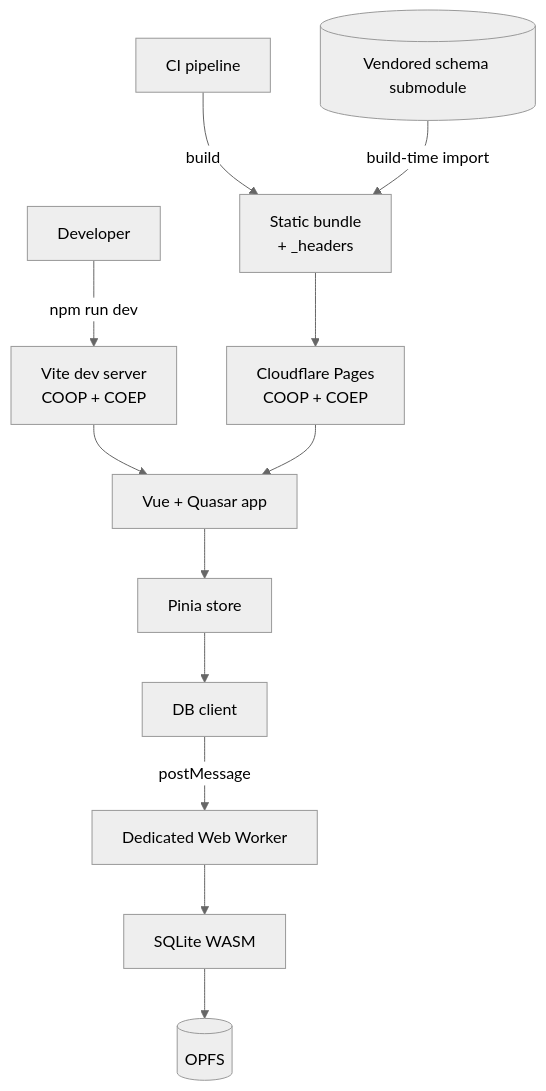
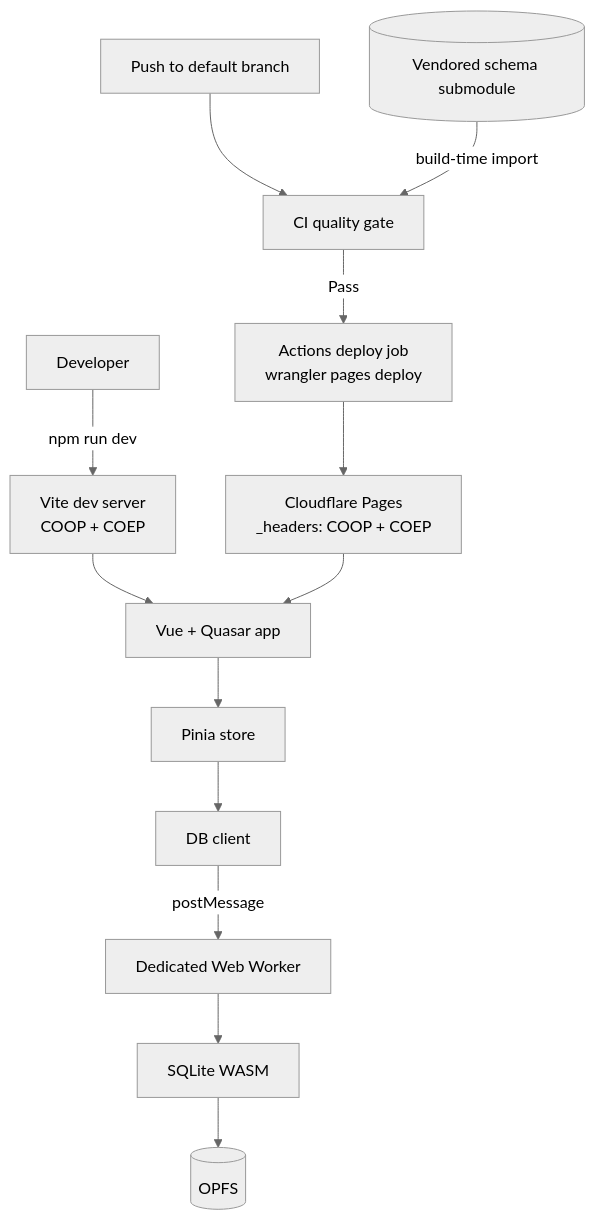
The diagram in openspec/changes/infrastructure-baseline/design.md (gjchentw/mmex-pwa), drawn with Mermaid (neutral theme) before and after one commit. The commit also changed other lines of this file and 18 other files, not shown here.

First line of the commit message:
ci: add quality gate, Cloudflare CD, and infrastructure baseline

````diff
--- a/openspec/changes/infrastructure-baseline/design.md
+++ b/openspec/changes/infrastructure-baseline/design.md
@@ -25,14 +25,15 @@
 ```mermaid
 flowchart TD
     Dev[Developer] -->|npm run dev| Vite[Vite dev server<br/>COOP + COEP]
-    CI[CI pipeline] -->|build| Bundle[Static bundle<br/>+ _headers]
-    Bundle --> CF[Cloudflare Pages<br/>COOP + COEP]
+    Push[Push to default branch] --> CI[CI quality gate]
+    CI -->|Pass| Deploy[Actions deploy job<br/>wrangler pages deploy]
+    Deploy --> CF[Cloudflare Pages<br/>_headers: COOP + COEP]
     Vite --> App[Vue + Quasar app]
     CF --> App
     App --> Store[Pinia store]
     Store --> Client[DB client]
     Client -->|postMessage| Worker[Dedicated Web Worker]
     Worker --> Engine[SQLite WASM]
     Engine --> OPFS[(OPFS)]
-    Sub[(Vendored schema submodule)] -->|build-time import| Bundle
+    Sub[(Vendored schema submodule)] -->|build-time import| CI
 ```
````
